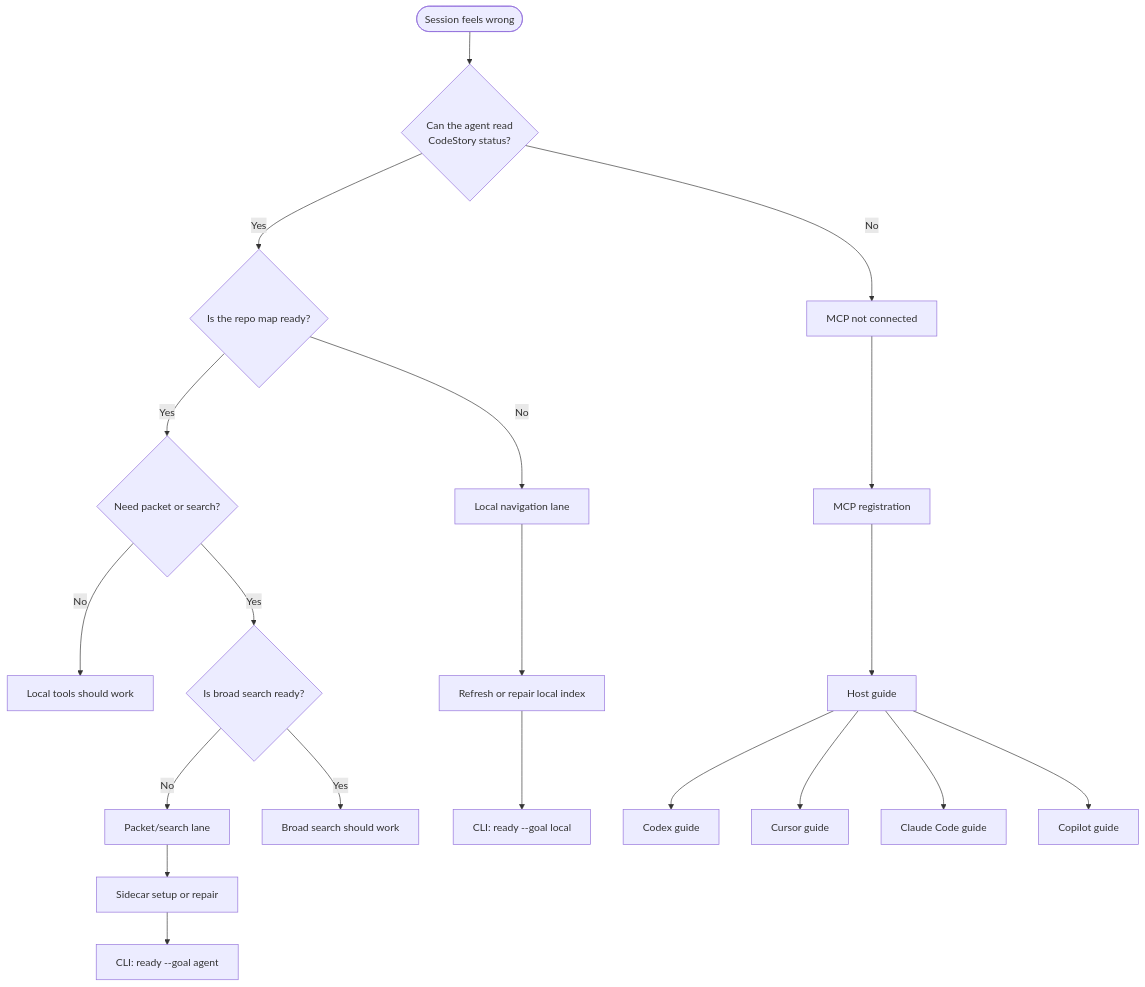
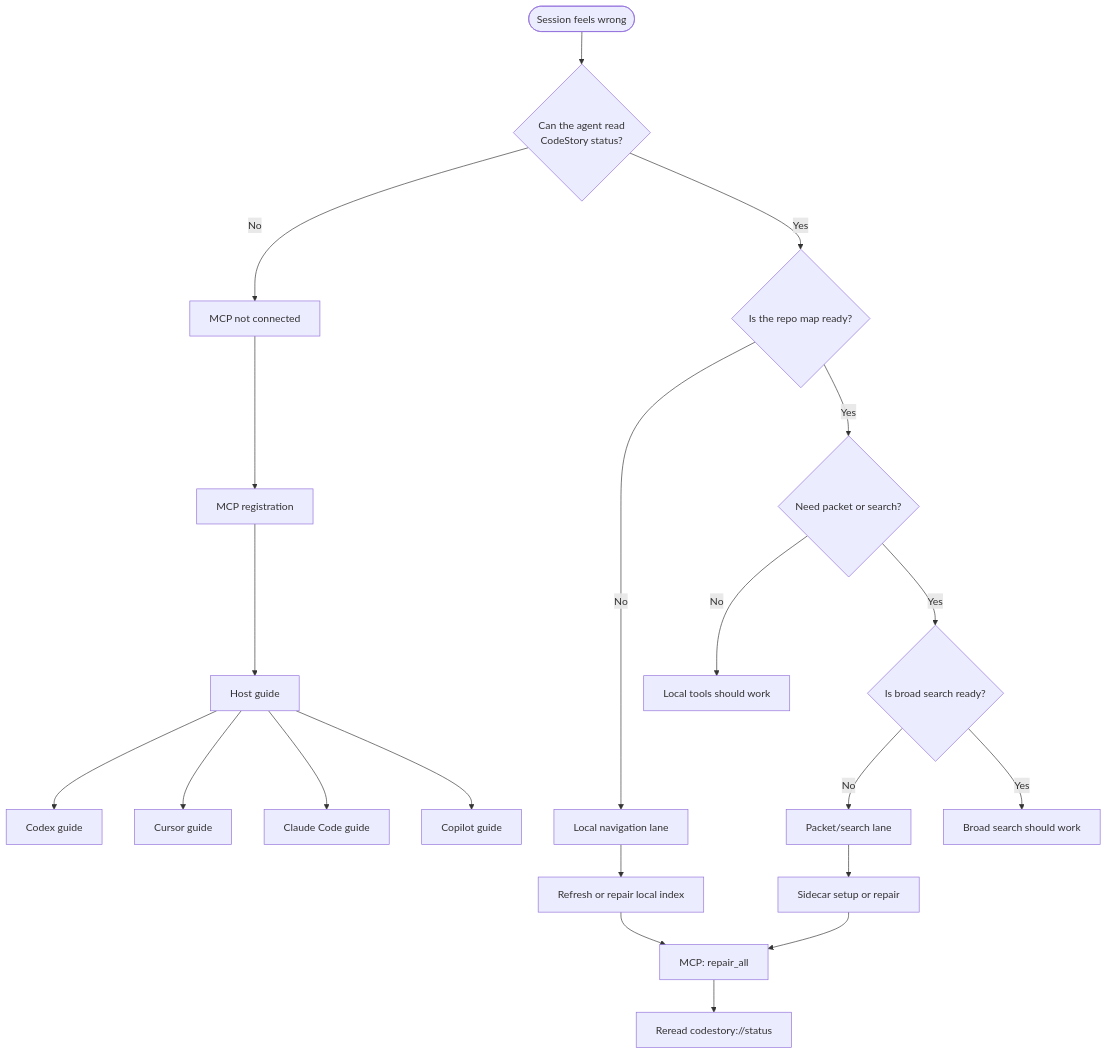
Before and after one commit to TheGreenCedar/CodeStory: the diagram in docs/users/troubleshooting.md, drawn with Mermaid. The commit also changed other lines of this file and 9 other files, not shown here.

First line of the commit message:
Rewrite MCP-only repair guidance

````diff
--- a/docs/users/troubleshooting.md
+++ b/docs/users/troubleshooting.md
@@ -22,22 +25,23 @@
 ```mermaid
 flowchart TD
   start([Session feels wrong]) --> q1{Can the agent read<br/>CodeStory status?}
   q1 -->|No| mcp[MCP not connected]
   q1 -->|Yes| q2{Is the repo map ready?}
   q2 -->|No| local[Local navigation lane]
   q2 -->|Yes| q3{Need packet or search?}
   q3 -->|No| ok[Local tools should work]
   q3 -->|Yes| q4{Is broad search ready?}
   q4 -->|No| sidecar[Packet/search lane]
   q4 -->|Yes| ok2[Broad search should work]
   mcp --> fix_mcp[MCP registration]
   local --> fix_local[Refresh or repair local index]
   sidecar --> fix_sidecar[Sidecar setup or repair]
   fix_mcp --> host[Host guide]
-  fix_local --> cli_local["CLI: ready --goal local"]
-  fix_sidecar --> cli_agent["CLI: ready --goal agent"]
+  fix_local --> mcp_repair["MCP: repair_all"]
+  fix_sidecar --> mcp_repair
+  mcp_repair --> reread["Reread codestory://status"]
   host --> codex[Codex guide]
   host --> cursor[Cursor guide]
   host --> claude[Claude Code guide]
   host --> copilot[Copilot guide]
 ```
````
